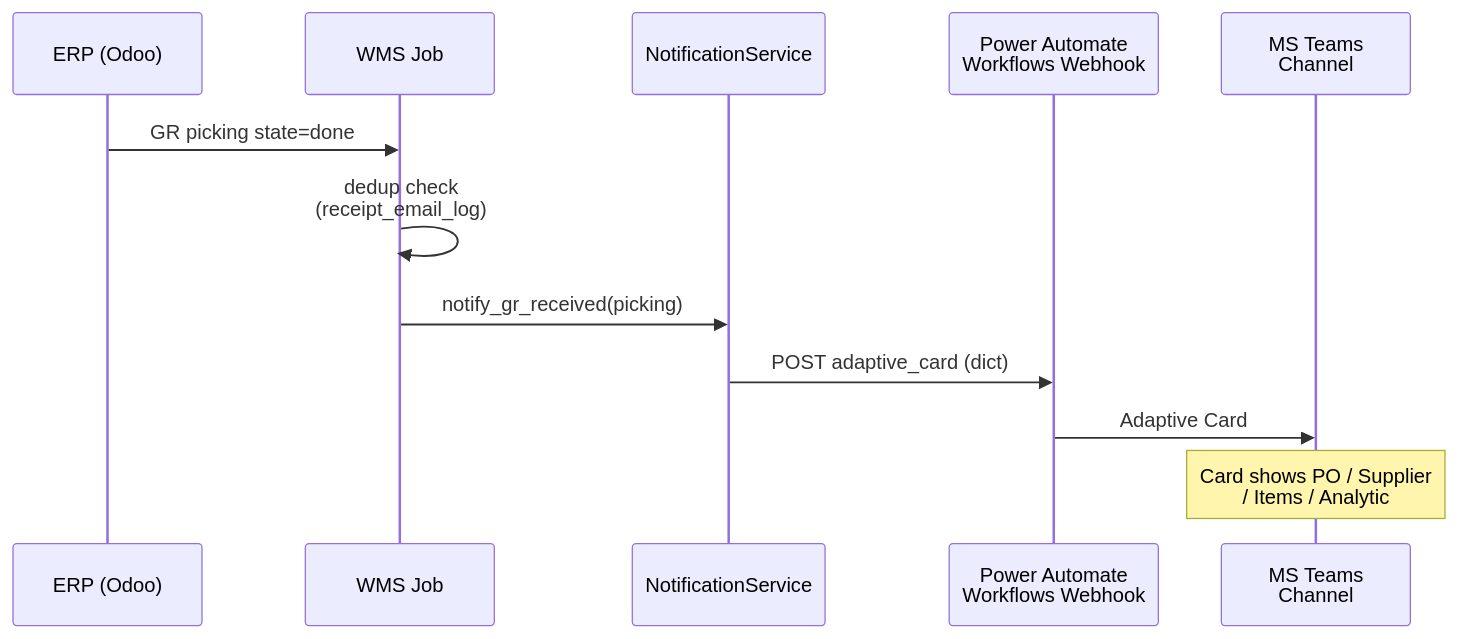
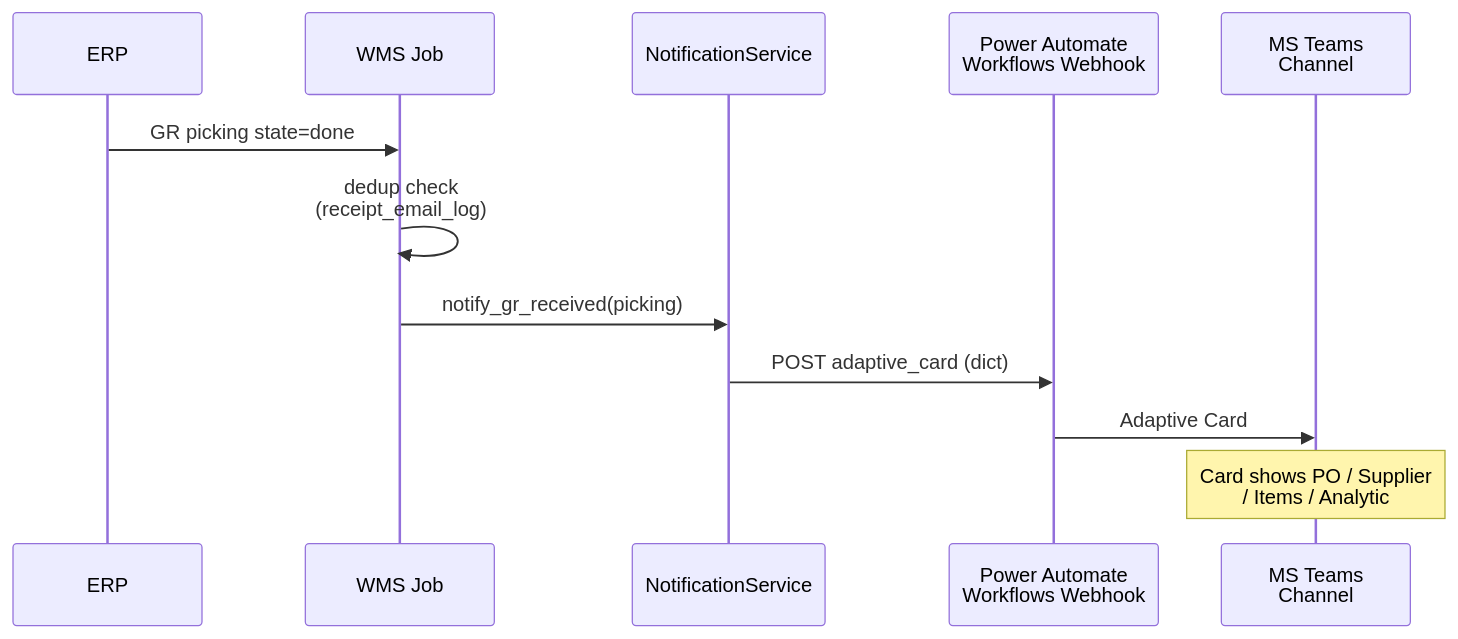
One commit to Weradech/eng-hub changed the first of 2 diagrams in _posts/2026-06-14-teams-adaptive-card-webhook.md. Above: the diagram before and after it, drawn with Mermaid. The commit also changed other lines of this file and 16 other files, not shown here.

````diff
--- a/_posts/2026-06-14-teams-adaptive-card-webhook.md
+++ b/_posts/2026-06-14-teams-adaptive-card-webhook.md
@@ -18,15 +18,15 @@
 ```mermaid
 sequenceDiagram
-    participant Odoo as ERP (Odoo)
+    participant ERP as ERP
     participant Job as WMS Job #20<br/>(30-min poll)
     participant Notifier as NotificationService
     participant PA as Power Automate<br/>Workflows Webhook
     participant Teams as MS Teams<br/>Channel
 
-    Odoo->>Job: GR picking state=done
+    ERP->>Job: GR picking state=done
     Job->>Job: dedup check<br/>(receipt_email_log)
     Job->>Notifier: notify_gr_received(picking)
     Notifier->>PA: POST adaptive_card (dict)
     PA->>Teams: Adaptive Card
     Note over Teams: Card shows PO / Supplier<br/>/ Items / Analytic
 ```
````
